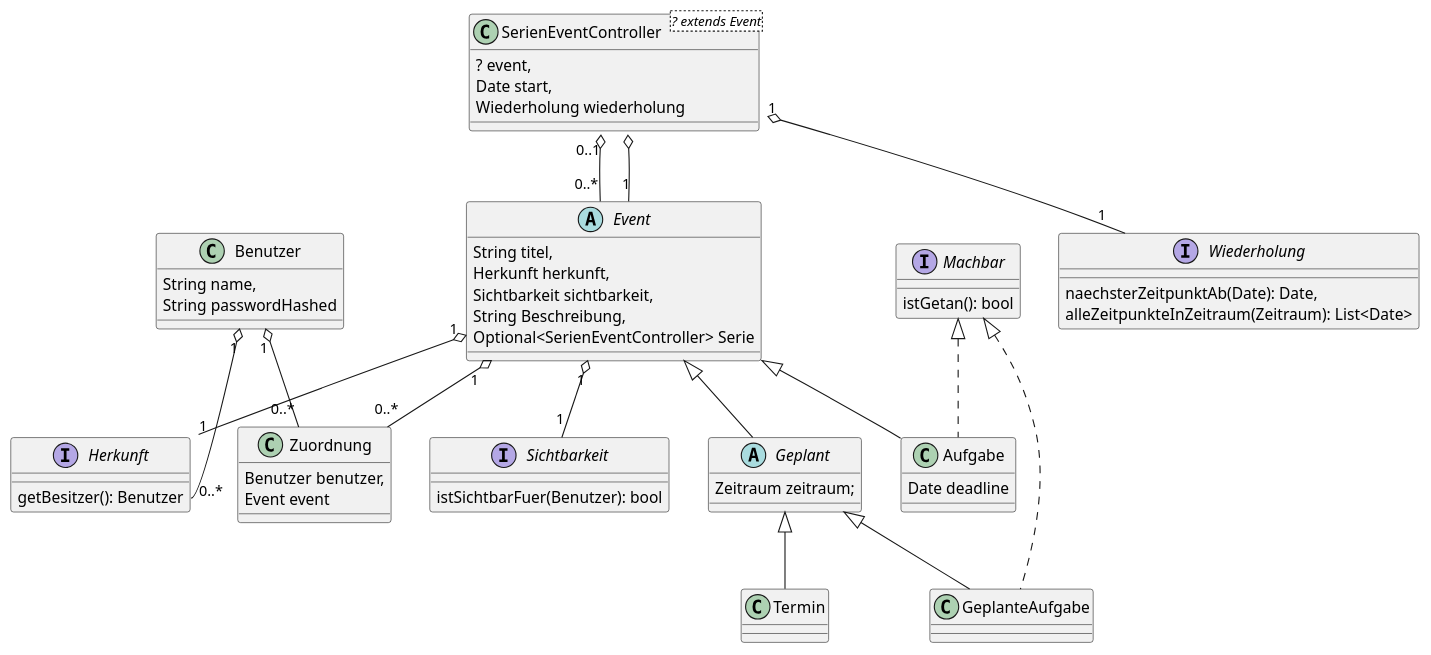
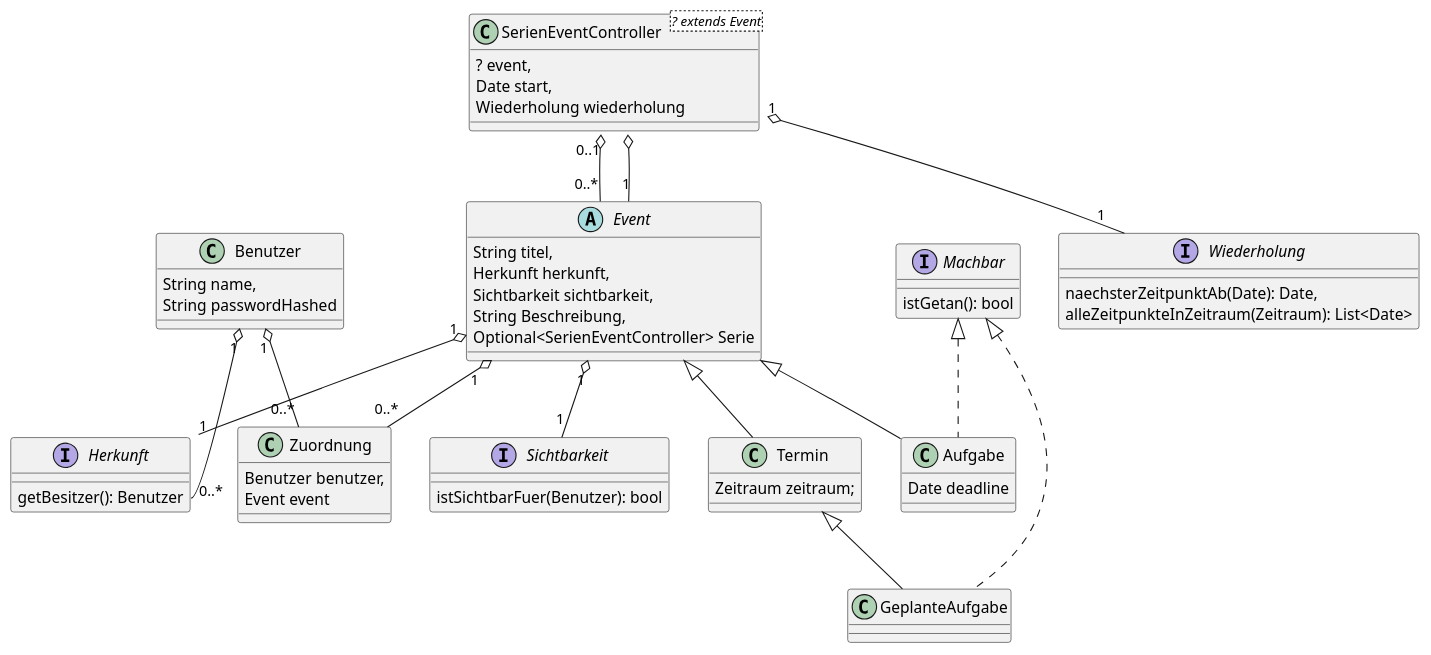
The diagram in doc/EntitiesOverview.puml (MisterT0815/ASE-Kalendario), drawn with PlantUML before and after one commit. The commit also changed 6 other files, not shown here.

Commit message:
Geplant direkt mit Termin ersetzt um unnötige Hierachiestufe zu vermeiden

```diff
--- a/doc/EntitiesOverview.puml
+++ b/doc/EntitiesOverview.puml
@@ -1,72 +1,71 @@
 @startuml
 class Benutzer{
     String name,
     String passwordHashed
 }
 class SerienEventController<? extends Event>{
     ? event,
     Date start,
     Wiederholung wiederholung
 }
 
 abstract class Event{
     String titel,
     Herkunft herkunft,
     Sichtbarkeit sichtbarkeit,
     String Beschreibung,
     Optional<SerienEventController> Serie
 }
 
 SerienEventController "0..1" o-- "0..*" Event
 SerienEventController::defaultEvent o-- "1" Event
 
 interface Herkunft{
     getBesitzer(): Benutzer
 }
 
 Event "1" o-- "1" Herkunft
 
 interface Sichtbarkeit{
     istSichtbarFuer(Benutzer): bool
 }
 
 Event "1" o-- "1" Sichtbarkeit
 
-class Termin extends Geplant{
-}
+
 
 interface Machbar{
     istGetan(): bool
 }
 
 class Aufgabe extends Event implements Machbar{
     Date deadline
 }
 
-class GeplanteAufgabe extends Geplant implements Machbar {
+class GeplanteAufgabe extends Termin implements Machbar {
 
 }
 
 interface Wiederholung{
     naechsterZeitpunktAb(Date): Date,
     alleZeitpunkteInZeitraum(Zeitraum): List<Date>
 }
 
-abstract class Geplant extends Event{
+class Termin extends Event{
     Zeitraum zeitraum;
 }
 
 class Zuordnung{
     Benutzer benutzer,
     Event event
 }
 
 
 
 Event "1" o-- "0..*" Zuordnung
 Benutzer "1" o-- "0..*" Zuordnung
 Benutzer "1" o-- "0..*" Herkunft::getBesitzer
 
 SerienEventController "1" o-- "1" Wiederholung
 
 @enduml
```
